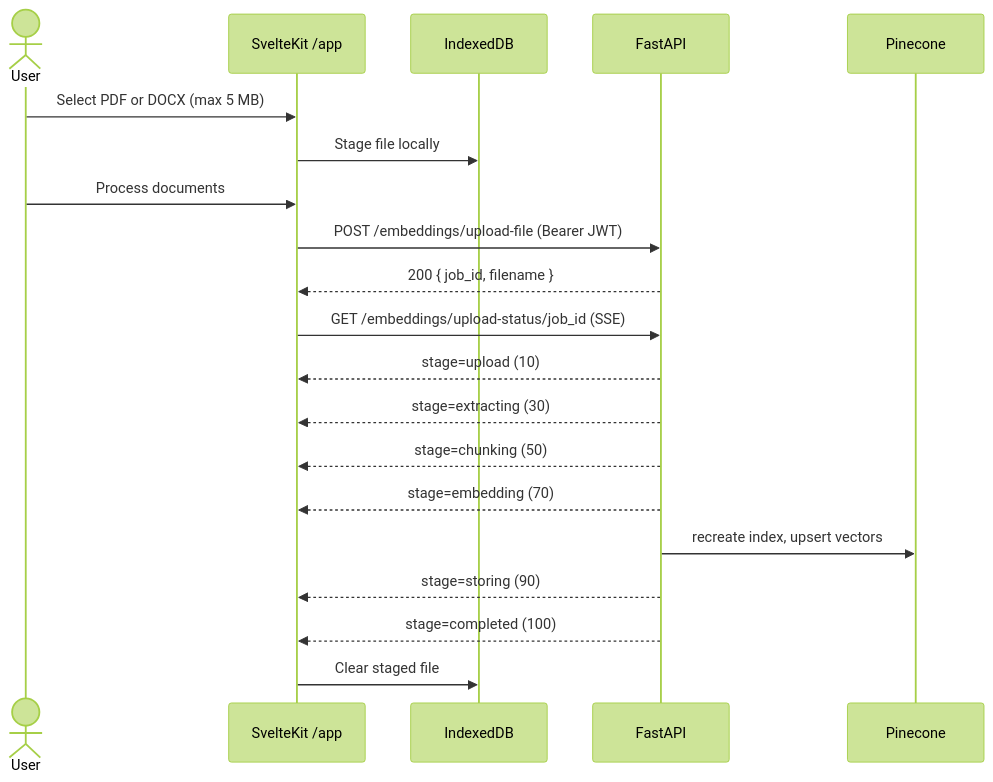
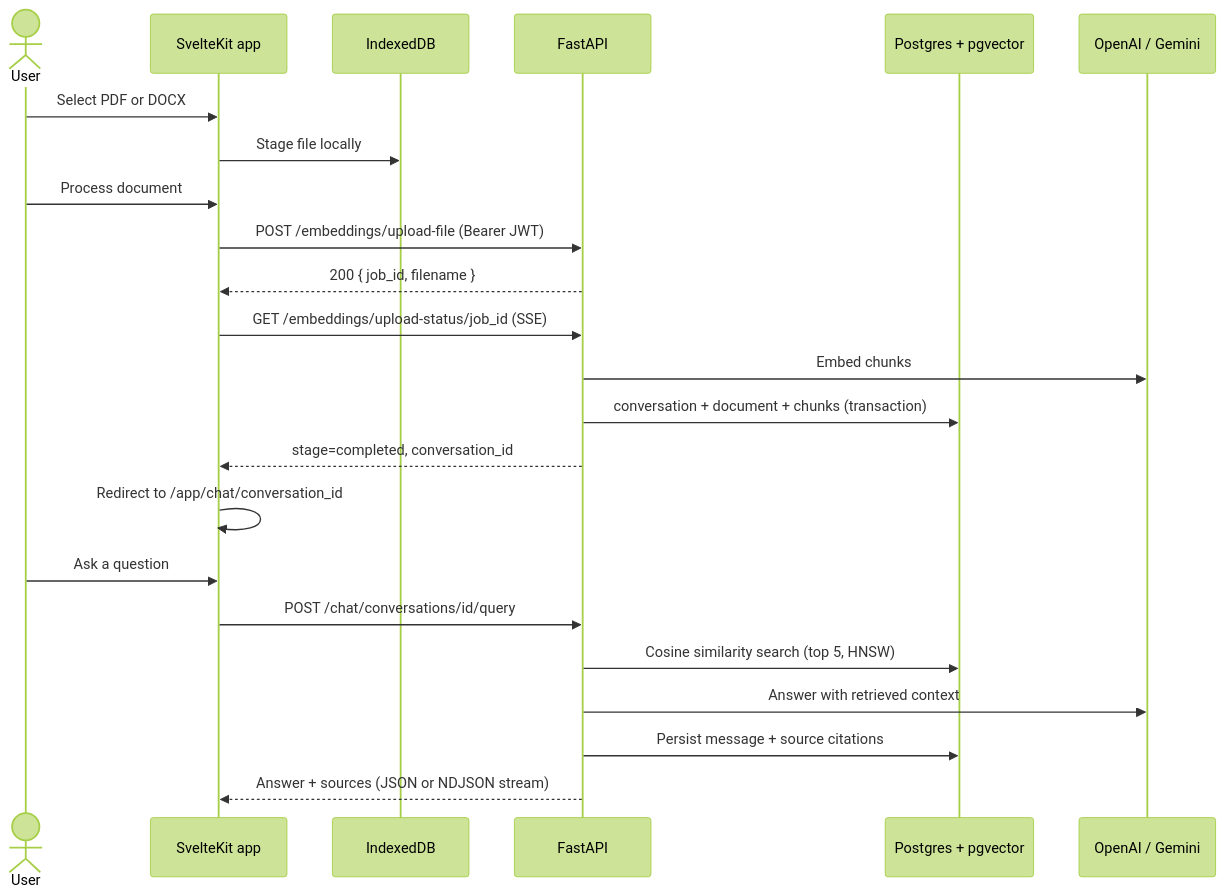
One commit to Cypher012/Pyrags changed the first of 2 diagrams in README.md. Above: the diagram before and after it, drawn with Mermaid (forest theme). The commit also changed other lines of this file and 96 other files, not shown here.

First line of the commit message:
feat: build persistent document chat and redesign Pyrags UI

````diff
--- a/README.md
+++ b/README.md
@@ -56,23 +56,26 @@
 ```mermaid
 sequenceDiagram
     actor User
-    participant UI as SvelteKit /app
+    participant UI as SvelteKit app
     participant IDB as IndexedDB
     participant API as FastAPI
-    participant PC as Pinecone
+    participant DB as Postgres + pgvector
+    participant AI as OpenAI / Gemini
 
-    User->>UI: Select PDF or DOCX (max 5 MB)
+    User->>UI: Select PDF or DOCX
     UI->>IDB: Stage file locally
-    User->>UI: Process documents
+    User->>UI: Process document
     UI->>API: POST /embeddings/upload-file (Bearer JWT)
     API-->>UI: 200 { job_id, filename }
     UI->>API: GET /embeddings/upload-status/job_id (SSE)
-    API-->>UI: stage=upload (10)
-    API-->>UI: stage=extracting (30)
-    API-->>UI: stage=chunking (50)
-    API-->>UI: stage=embedding (70)
-    API->>PC: recreate index, upsert vectors
-    API-->>UI: stage=storing (90)
-    API-->>UI: stage=completed (100)
-    UI->>IDB: Clear staged file
+    API->>AI: Embed chunks
+    API->>DB: conversation + document + chunks (transaction)
+    API-->>UI: stage=completed, conversation_id
+    UI->>UI: Redirect to /app/chat/conversation_id
+    User->>UI: Ask a question
+    UI->>API: POST /chat/conversations/id/query
+    API->>DB: Cosine similarity search (top 5, HNSW)
+    API->>AI: Answer with retrieved context
+    API->>DB: Persist message + source citations
+    API-->>UI: Answer + sources (JSON or NDJSON stream)
 ```
````
